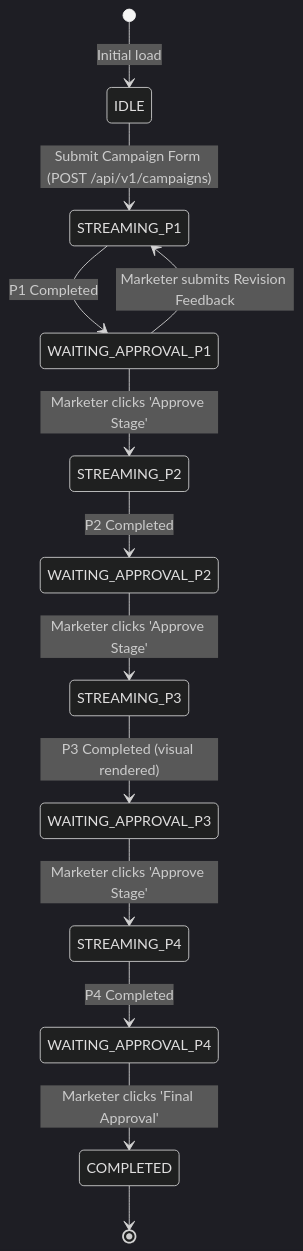
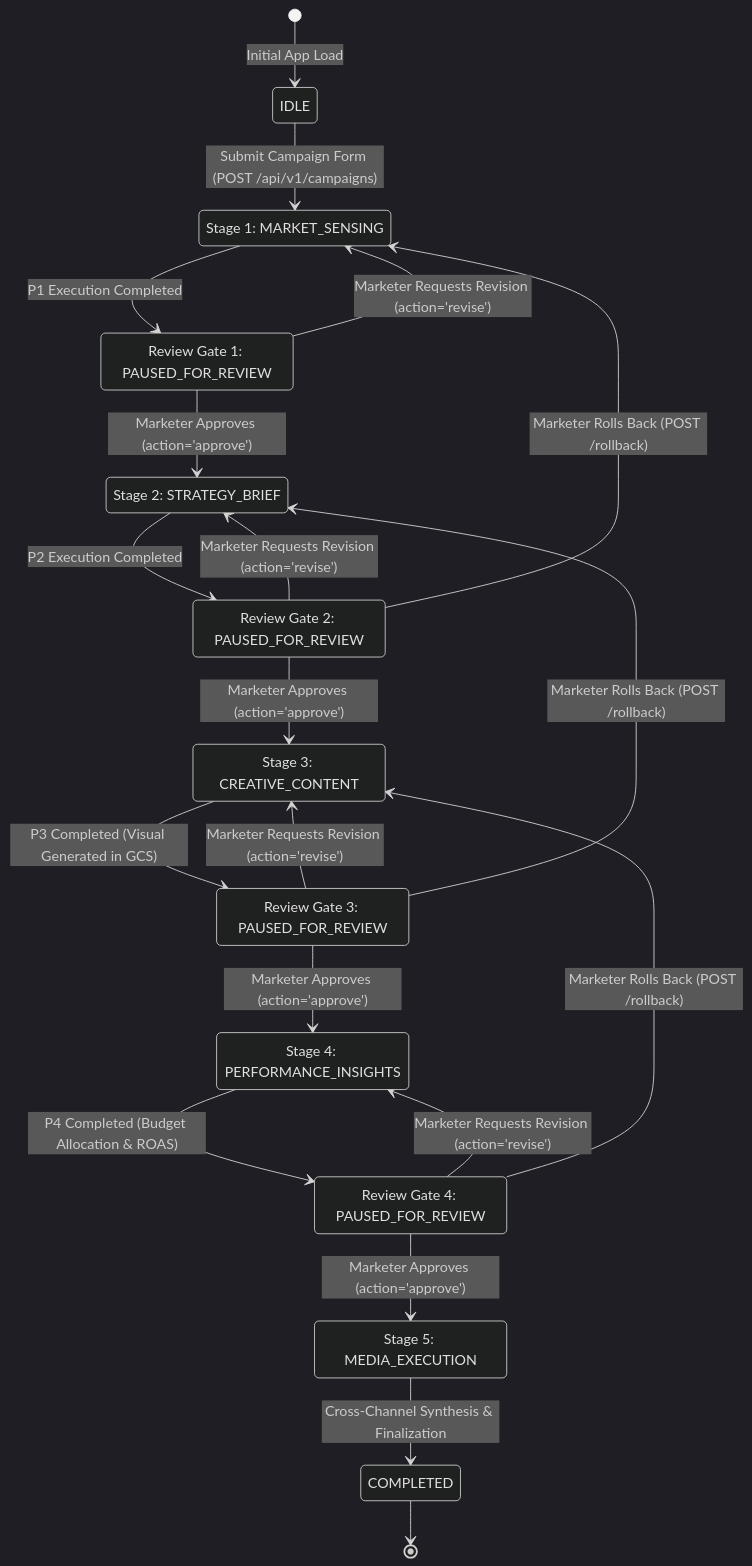
One commit to ryanahn-google/version1 changed the second of 2 diagrams in docs/design/FRONTEND.md. Above: the diagram before and after it, drawn with Mermaid (dark theme). The commit also changed other lines of this file and 95 other files, not shown here.

First line of the commit message:
feat(campaigns): optimize campaign listing with summary schema and lazy fetching (#29)

````diff
--- a/docs/design/FRONTEND.md
+++ b/docs/design/FRONTEND.md
@@ -103,15 +128,37 @@
 ```mermaid
 stateDiagram-v2
-    [*] --> IDLE: Initial load
-    IDLE --> STREAMING_P1: Submit Campaign Form (POST /api/v1/campaigns)
-    STREAMING_P1 --> WAITING_APPROVAL_P1: P1 Completed
-    WAITING_APPROVAL_P1 --> STREAMING_P1: Marketer submits Revision Feedback
-    WAITING_APPROVAL_P1 --> STREAMING_P2: Marketer clicks 'Approve Stage'
-    STREAMING_P2 --> WAITING_APPROVAL_P2: P2 Completed
-    WAITING_APPROVAL_P2 --> STREAMING_P3: Marketer clicks 'Approve Stage'
-    STREAMING_P3 --> WAITING_APPROVAL_P3: P3 Completed (visual rendered)
-    WAITING_APPROVAL_P3 --> STREAMING_P4: Marketer clicks 'Approve Stage'
-    STREAMING_P4 --> WAITING_APPROVAL_P4: P4 Completed
-    WAITING_APPROVAL_P4 --> COMPLETED: Marketer clicks 'Final Approval'
+    [*] --> IDLE: Initial App Load
+
+    IDLE --> Stage1_MarketSensing: Submit Campaign Form (POST /api/v1/campaigns)
+
+    state "Stage 1: MARKET_SENSING" as Stage1_MarketSensing
+    state "Review Gate 1: PAUSED_FOR_REVIEW" as ReviewGate1
+    Stage1_MarketSensing --> ReviewGate1: P1 Execution Completed
+    ReviewGate1 --> Stage1_MarketSensing: Marketer Requests Revision (action='revise')
+    ReviewGate1 --> Stage2_StrategyBrief: Marketer Approves (action='approve')
+
+    state "Stage 2: STRATEGY_BRIEF" as Stage2_StrategyBrief
+    state "Review Gate 2: PAUSED_FOR_REVIEW" as ReviewGate2
+    Stage2_StrategyBrief --> ReviewGate2: P2 Execution Completed
+    ReviewGate2 --> Stage2_StrategyBrief: Marketer Requests Revision (action='revise')
+    ReviewGate2 --> Stage1_MarketSensing: Marketer Rolls Back (POST /rollback)
+    ReviewGate2 --> Stage3_CreativeContent: Marketer Approves (action='approve')
+
+    state "Stage 3: CREATIVE_CONTENT" as Stage3_CreativeContent
+    state "Review Gate 3: PAUSED_FOR_REVIEW" as ReviewGate3
+    Stage3_CreativeContent --> ReviewGate3: P3 Completed (Visual Generated in GCS)
+    ReviewGate3 --> Stage3_CreativeContent: Marketer Requests Revision (action='revise')
+    ReviewGate3 --> Stage2_StrategyBrief: Marketer Rolls Back (POST /rollback)
+    ReviewGate3 --> Stage4_PerformanceInsights: Marketer Approves (action='approve')
+
+    state "Stage 4: PERFORMANCE_INSIGHTS" as Stage4_PerformanceInsights
+    state "Review Gate 4: PAUSED_FOR_REVIEW" as ReviewGate4
+    Stage4_PerformanceInsights --> ReviewGate4: P4 Completed (Budget Allocation & ROAS)
+    ReviewGate4 --> Stage4_PerformanceInsights: Marketer Requests Revision (action='revise')
+    ReviewGate4 --> Stage3_CreativeContent: Marketer Rolls Back (POST /rollback)
+    ReviewGate4 --> Stage5_MediaExecution: Marketer Approves (action='approve')
+
+    state "Stage 5: MEDIA_EXECUTION" as Stage5_MediaExecution
+    Stage5_MediaExecution --> COMPLETED: Cross-Channel Synthesis & Finalization
     COMPLETED --> [*]
 ```
````
